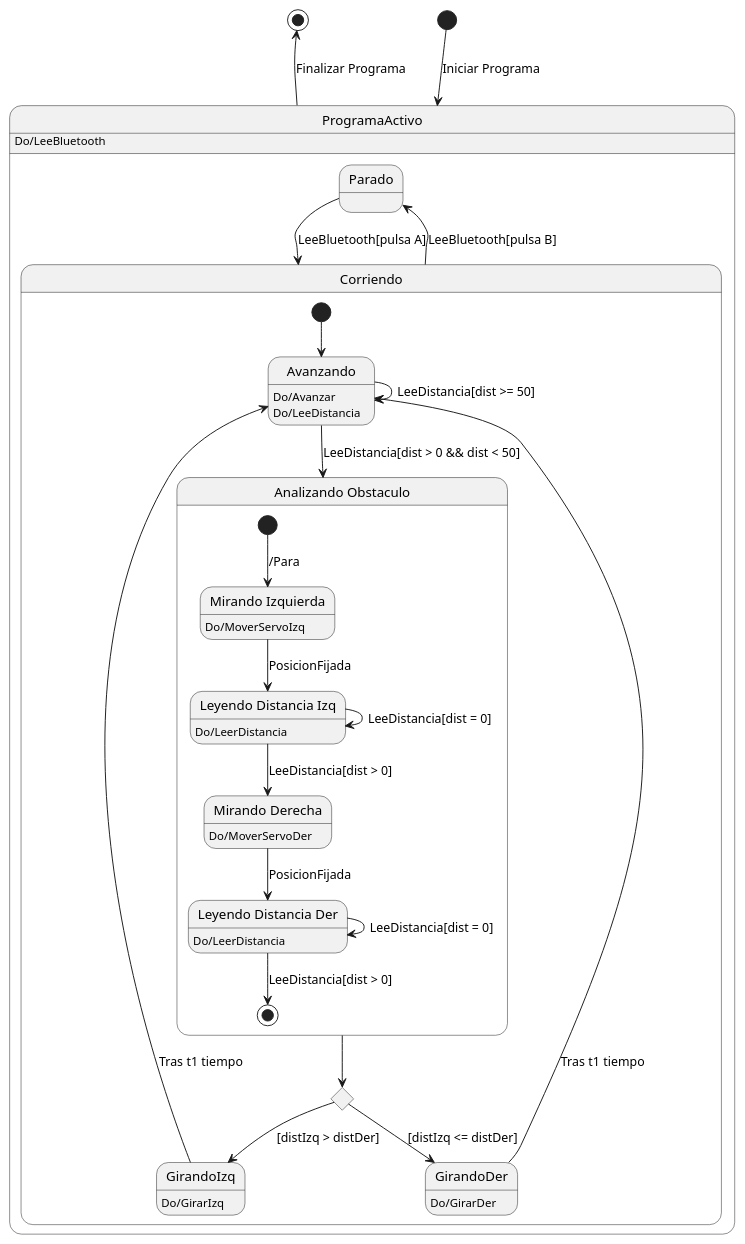
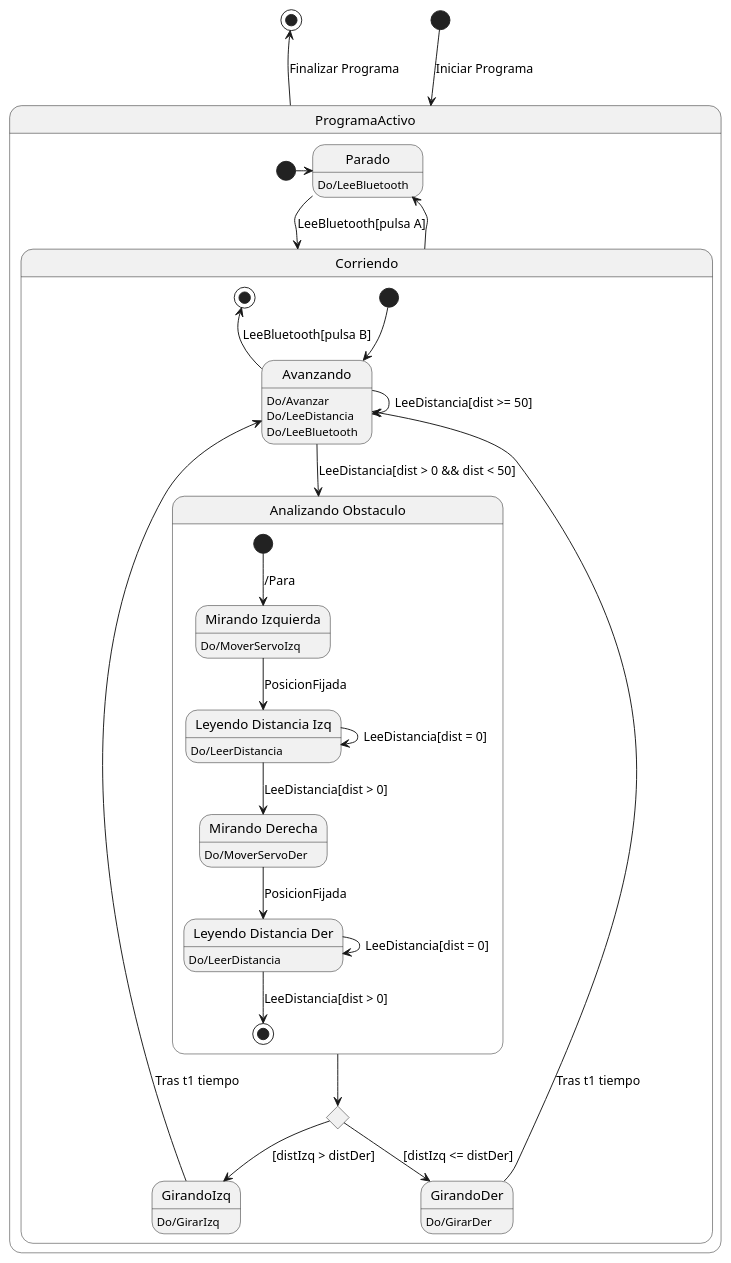
One commit to Cavitedev/plantuml_examples changed the diagram in src/state/Coche.puml. Above: the diagram before and after it, drawn with PlantUML.

Commit message:
Nuevo modelo para coche

```diff
--- a/src/state/Coche.puml
+++ b/src/state/Coche.puml
@@ -1,53 +1,57 @@
 @startuml
 'scale 350 width
 [*] --> ProgramaActivo : Iniciar Programa
 ProgramaActivo -up-> [*] : Finalizar Programa
 state ProgramaActivo{
-ProgramaActivo:Do/LeeBluetooth
 state Parado
+Parado:Do/LeeBluetooth
+[*] -right-> Parado
+
 state Corriendo{
     [*] --> Avanzando
+    Avanzando -up-> [*]: LeeBluetooth[pulsa B]
 
     Avanzando:Do/Avanzar
     Avanzando:Do/LeeDistancia
+    Avanzando:Do/LeeBluetooth
 
     state Avanzando
 
     state GirandoIzq
     GirandoIzq:Do/GirarIzq
     state GirandoDer
     GirandoDer:Do/GirarDer
 
     state "Analizando Obstaculo" as Obstaculo{
       state "Mirando Izquierda" as Izq
       state "Leyendo Distancia Izq" as DistIzq
       state "Mirando Derecha" as Der
       state "Leyendo Distancia Der" as DistDer
 
       Izq:Do/MoverServoIzq
       Der:Do/MoverServoDer
       DistIzq:Do/LeerDistancia
       DistDer:Do/LeerDistancia
 
       [*] --> Izq : /Para
       Izq --> DistIzq : PosicionFijada
       DistIzq --> DistIzq : LeeDistancia[dist = 0]
       DistIzq --> Der : LeeDistancia[dist > 0]
       Der --> DistDer : PosicionFijada
       DistDer --> DistDer : LeeDistancia[dist = 0]
       DistDer --> [*] : LeeDistancia[dist > 0]
     }
     state DondeGirar <<choice>>
 }
 }
 Parado --> Corriendo : LeeBluetooth[pulsa A]
-Corriendo --> Parado : LeeBluetooth[pulsa B]
+Corriendo --> Parado
 Avanzando --> Avanzando : LeeDistancia[dist >= 50]
 Avanzando --> Obstaculo : LeeDistancia[dist > 0 && dist < 50]
 Obstaculo --> DondeGirar
 DondeGirar --> GirandoIzq : [distIzq > distDer]
 DondeGirar --> GirandoDer : [distIzq <= distDer]
 GirandoIzq --> Avanzando : Tras t1 tiempo
 GirandoDer --> Avanzando : Tras t1 tiempo
 
 @enduml
```
